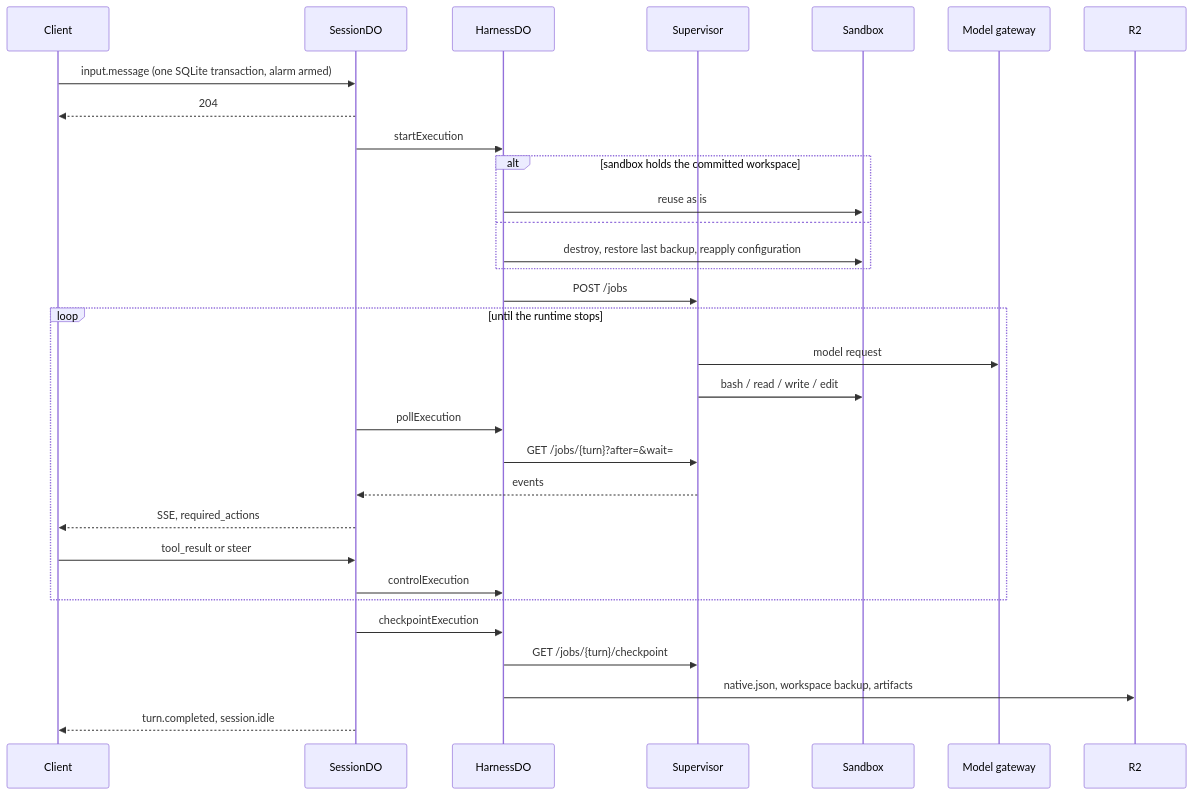
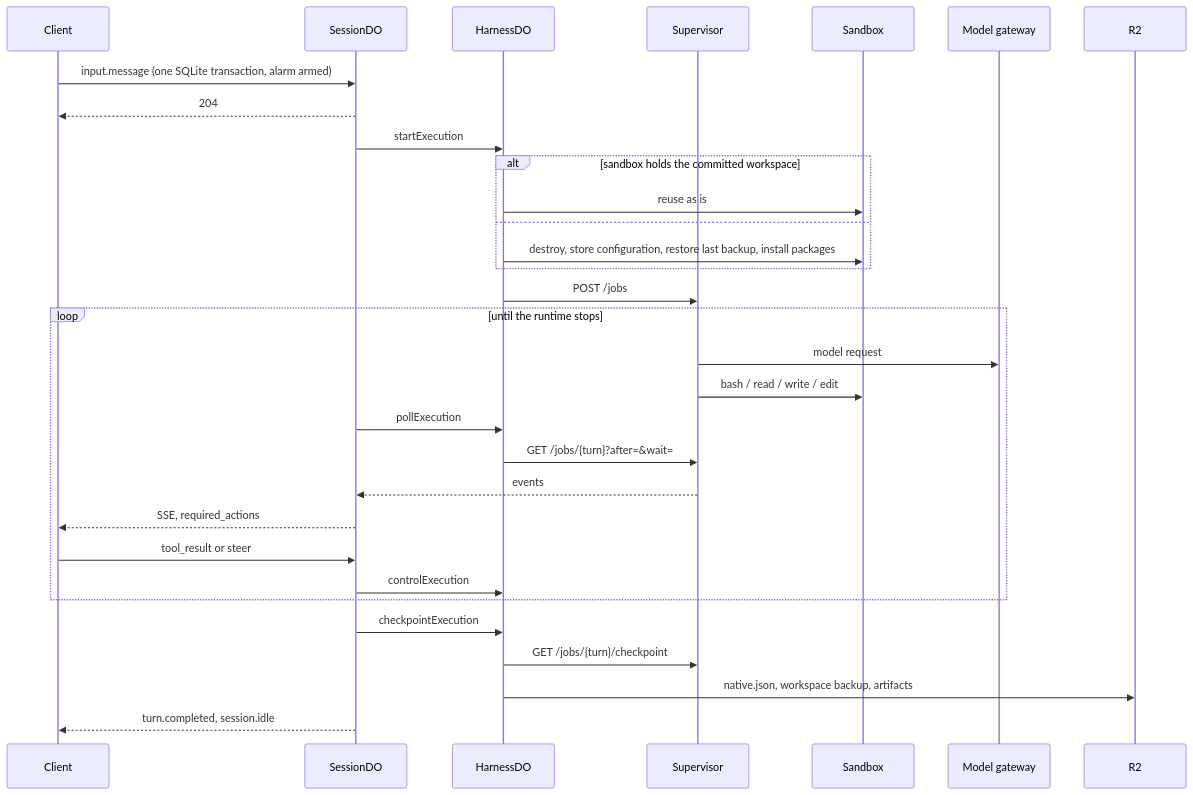
The diagram in docs/architecture.md (inaridiy/CF-Open-Agents-API), drawn with Mermaid before and after one commit. The commit also changed other lines of this file and 100 other files, not shown here.

````diff
--- a/docs/architecture.md
+++ b/docs/architecture.md
@@ -23,33 +23,33 @@
 ```mermaid
 sequenceDiagram
   participant C as Client
   participant S as SessionDO
   participant H as HarnessDO
   participant N as Supervisor
   participant X as Sandbox
   participant G as Model gateway
   participant R as R2
   C->>S: input.message (one SQLite transaction, alarm armed)
   S-->>C: 204
   S->>H: startExecution
   alt sandbox holds the committed workspace
     H->>X: reuse as is
   else
-    H->>X: destroy, restore last backup, reapply configuration
+    H->>X: destroy, store configuration, restore last backup, install packages
   end
   H->>N: POST /jobs
   loop until the runtime stops
     N->>G: model request
     N->>X: bash / read / write / edit
     S->>H: pollExecution
     H->>N: GET /jobs/{turn}?after=&wait=
     N-->>S: events
     S-->>C: SSE, required_actions
     C->>S: tool_result or steer
     S->>H: controlExecution
   end
   S->>H: checkpointExecution
   H->>N: GET /jobs/{turn}/checkpoint
   H->>R: native.json, workspace backup, artifacts
   S-->>C: turn.completed, session.idle
 ```
````
